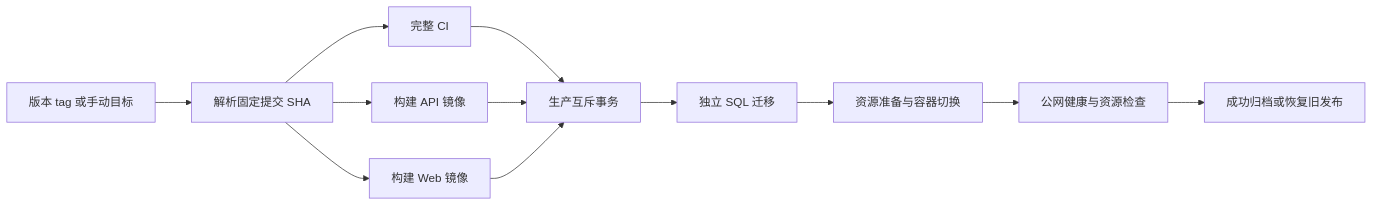
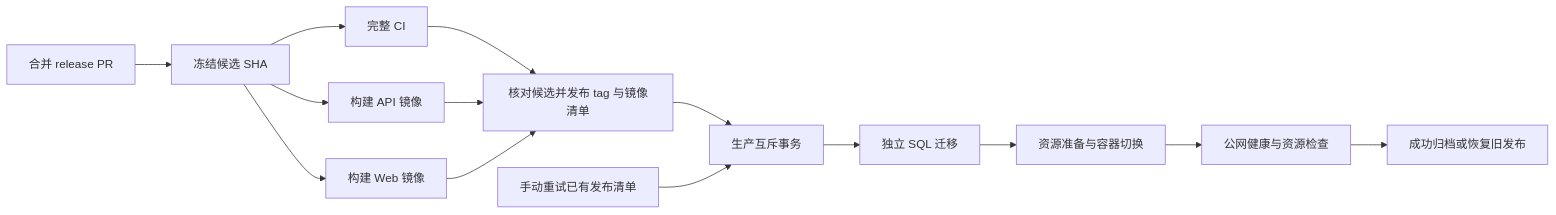
The diagram in docs/deploy/release-runbook.md (VOD-Studio/violet), drawn with Mermaid before and after one commit. The commit also changed other lines of this file and 7 other files, not shown here.

````diff
--- a/docs/deploy/release-runbook.md
+++ b/docs/deploy/release-runbook.md
@@ -9,14 +10,16 @@
 ```mermaid
 flowchart LR
-    A[版本 tag 或手动目标] --> P[解析固定提交 SHA]
+    A[合并 release PR] --> P[冻结候选 SHA]
     P --> C[完整 CI]
     P --> B[构建 API 镜像]
     P --> W[构建 Web 镜像]
-    C --> D[生产互斥事务]
-    B --> D
-    W --> D
+    C --> V[核对候选并发布 tag 与镜像清单]
+    B --> V
+    W --> V
+    V --> D[生产互斥事务]
+    R[手动重试已有发布清单] --> D
     D --> M[独立 SQL 迁移]
     M --> S[资源准备与容器切换]
     S --> H[公网健康与资源检查]
-    H --> R[成功归档或恢复旧发布]
+    H --> F[成功归档或恢复旧发布]
 ```
````
